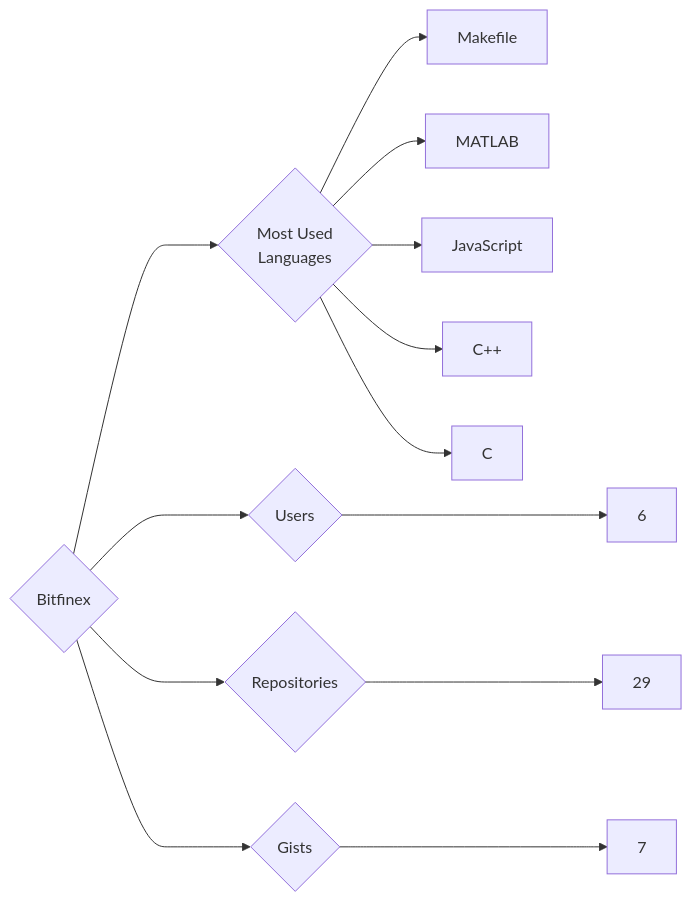
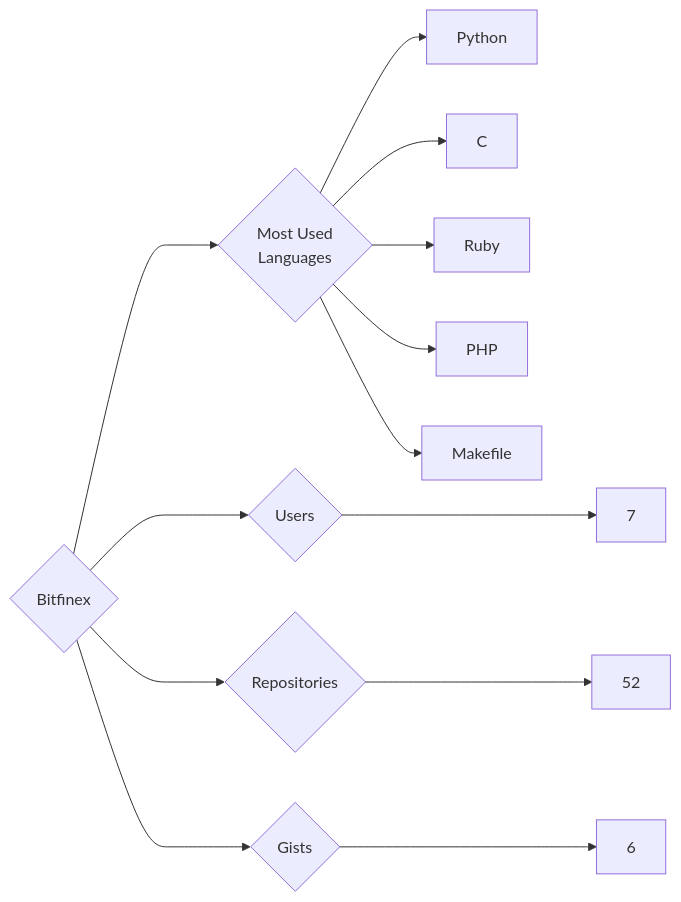
One commit to trickest/insiders changed the diagram in targets/Bitfinex/README.md. Above: the diagram before and after it, drawn with Mermaid. The commit also changed 880 other files, not shown here.

````diff
--- a/targets/Bitfinex/README.md
+++ b/targets/Bitfinex/README.md
@@ -3,13 +3,13 @@
 ```mermaid
 graph LR
 COMPANY_NAME{Bitfinex}
-COMPANY_NAME ---> U{Users} ---> UN[6]
-COMPANY_NAME ---> R{Repositories} ---> RN[29]
-COMPANY_NAME ---> G{Gists} ---> GN[7]
+COMPANY_NAME ---> U{Users} ---> UN[7]
+COMPANY_NAME ---> R{Repositories} ---> RN[52]
+COMPANY_NAME ---> G{Gists} ---> GN[6]
 COMPANY_NAME ---> ML{Most Used<br>Languages}
+ML --> Python[Python]
+ML --> C[C]
+ML --> Ruby[Ruby]
+ML --> PHP[PHP]
 ML --> Makefile[Makefile]
-ML --> MATLAB[MATLAB]
-ML --> JavaScript[JavaScript]
-ML --> C++[C++]
-ML --> C[C]
 ```
````
